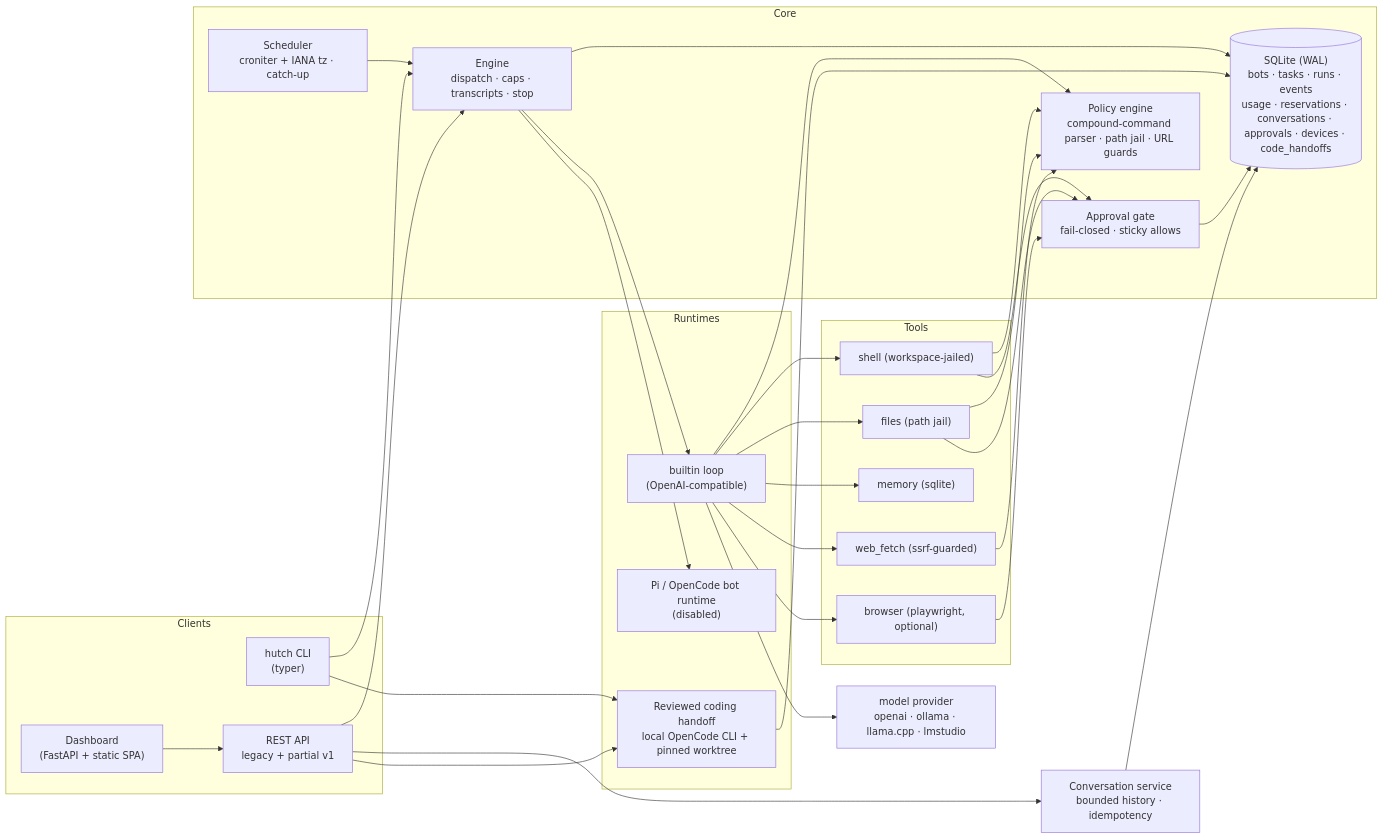
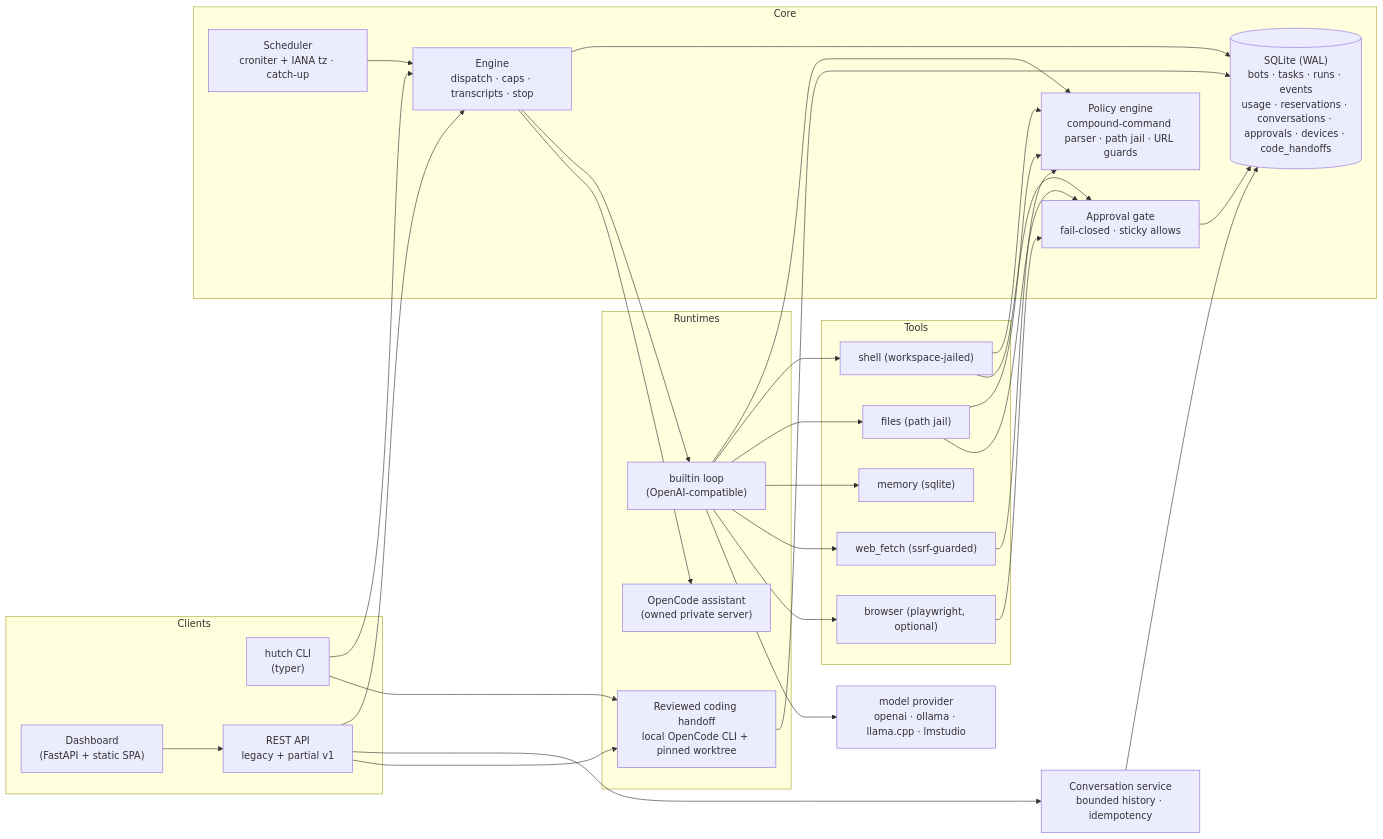
Before and after one commit to K-Arthur/hutch: the diagram in docs/architecture.md, drawn with Mermaid. The commit also changed other lines of this file and 44 other files, not shown here.

First line of the commit message:
Add first-run OpenCode onboarding and practical starters

````diff
--- a/docs/architecture.md
+++ b/docs/architecture.md
@@ -45,48 +45,48 @@
 ```mermaid
 flowchart LR
   subgraph Clients
     CLI["hutch CLI<br/>(typer)"]
     UI["Dashboard<br/>(FastAPI + static SPA)"]
     API["REST API<br/>legacy + partial v1"]
   end
 
   subgraph Core
     ENG["Engine<br/>dispatch · caps · transcripts · stop"]
     SCH["Scheduler<br/>croniter + IANA tz · catch-up"]
     SCHED_STORE[("SQLite (WAL)<br/>bots · tasks · runs · events<br/>usage · reservations · conversations · approvals · devices · code_handoffs")]
     POL["Policy engine<br/>compound-command parser · path jail · URL guards"]
     GATE["Approval gate<br/>fail-closed · sticky allows"]
   end
 
   subgraph Runtimes
     BUILTIN["builtin loop<br/>(OpenAI-compatible)"]
-    EXT["Pi / OpenCode bot runtime<br/>(disabled)"]
+    EXT["OpenCode assistant<br/>(owned private server)"]
     CODE["Reviewed coding handoff<br/>local OpenCode CLI + pinned worktree"]
   end
 
   subgraph Tools
     SH["shell (workspace-jailed)"]
     FI["files (path jail)"]
     ME["memory (sqlite)"]
     WF["web_fetch (ssrf-guarded)"]
     BR["browser (playwright, optional)"]
   end
 
   CLI --> ENG
   CLI --> CODE
   UI --> API
   API --> ENG
   API --> CONV["Conversation service<br/>bounded history · idempotency"]
   CONV --> SCHED_STORE
   SCH --> ENG
   ENG --> SCHED_STORE
   ENG --> BUILTIN & EXT
   BUILTIN --> POL
   BUILTIN --> SH & FI & ME & WF & BR
   SH & FI & WF --> POL
   SH & FI & BR --> GATE
   GATE --> SCHED_STORE
   BUILTIN --> LLM["model provider<br/>openai · ollama · llama.cpp · lmstudio"]
   API --> CODE
   CODE --> SCHED_STORE
 ```
````
